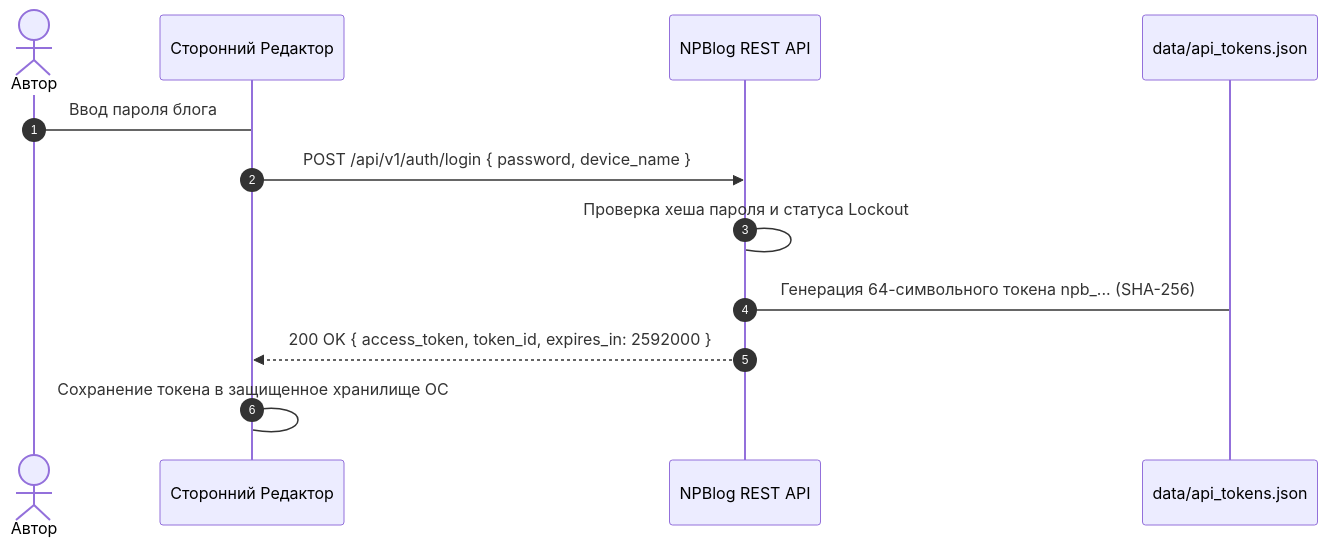
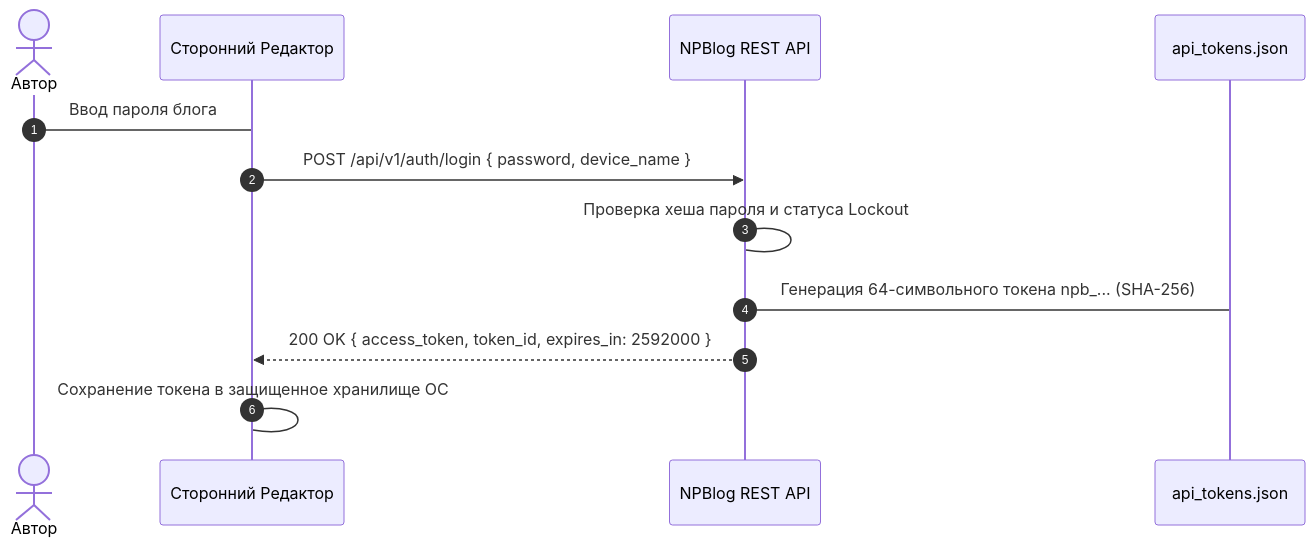
One commit to slavaraninco-lgtm/NPBlog changed the diagram in CUSTOM_CLIENT_GUIDE.md. Above: the diagram before and after it, drawn with Mermaid. The commit also changed other lines of this file and 3 other files, not shown here.

````diff
--- a/CUSTOM_CLIENT_GUIDE.md
+++ b/CUSTOM_CLIENT_GUIDE.md
@@ -113,15 +115,15 @@
 ```mermaid
 sequenceDiagram
     autonumber
     actor Author as Автор
     participant App as Сторонний Редактор
     participant API as NPBlog REST API
-    participant DB as data/api_tokens.json
+    participant DB as api_tokens.json
 
     Author->App: Ввод пароля блога
     App->>API: POST /api/v1/auth/login { password, device_name }
     API->API: Проверка хеша пароля и статуса Lockout
     API->DB: Генерация 64-символьного токена npb_... (SHA-256)
     API-->>App: 200 OK { access_token, token_id, expires_in: 2592000 }
     App->App: Сохранение токена в защищенное хранилище ОС
 ```
````
